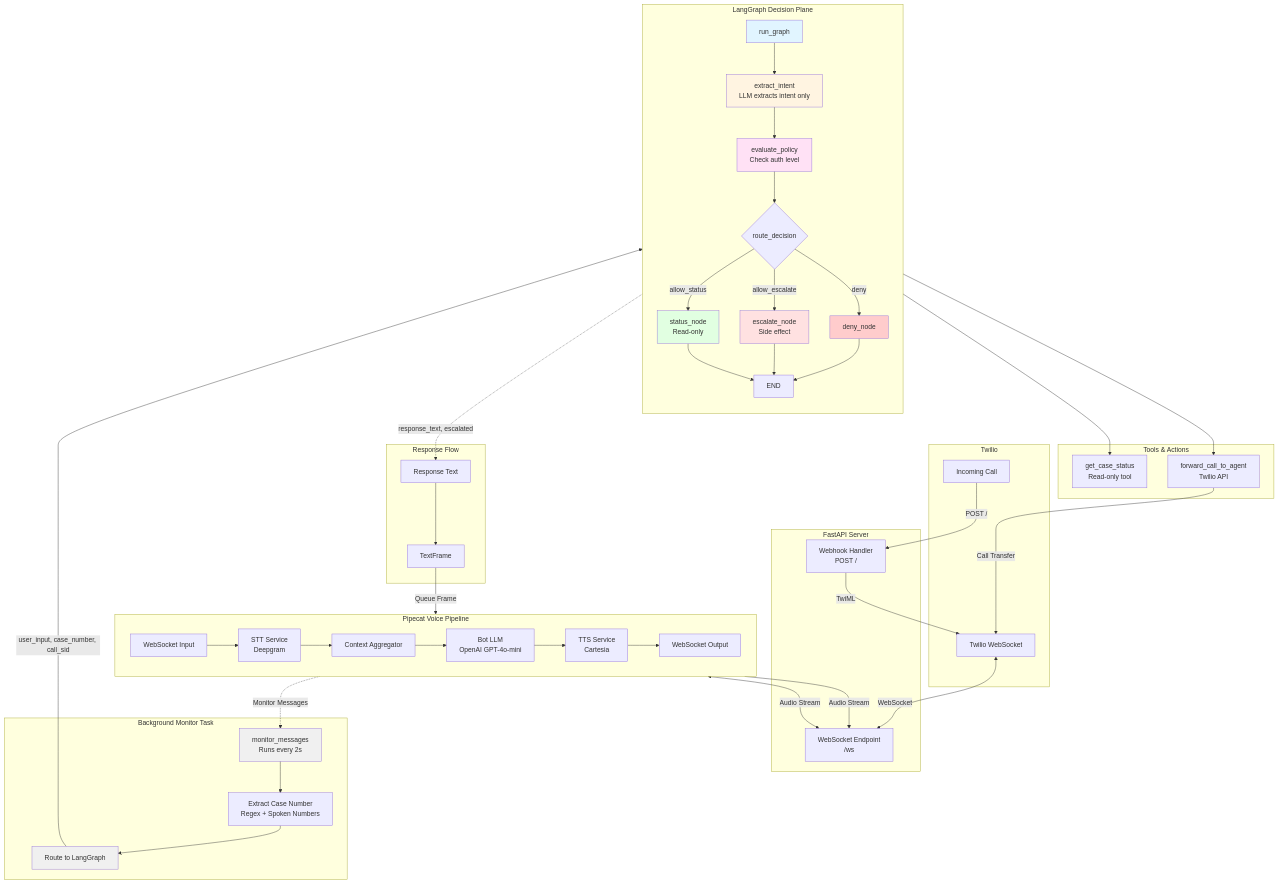
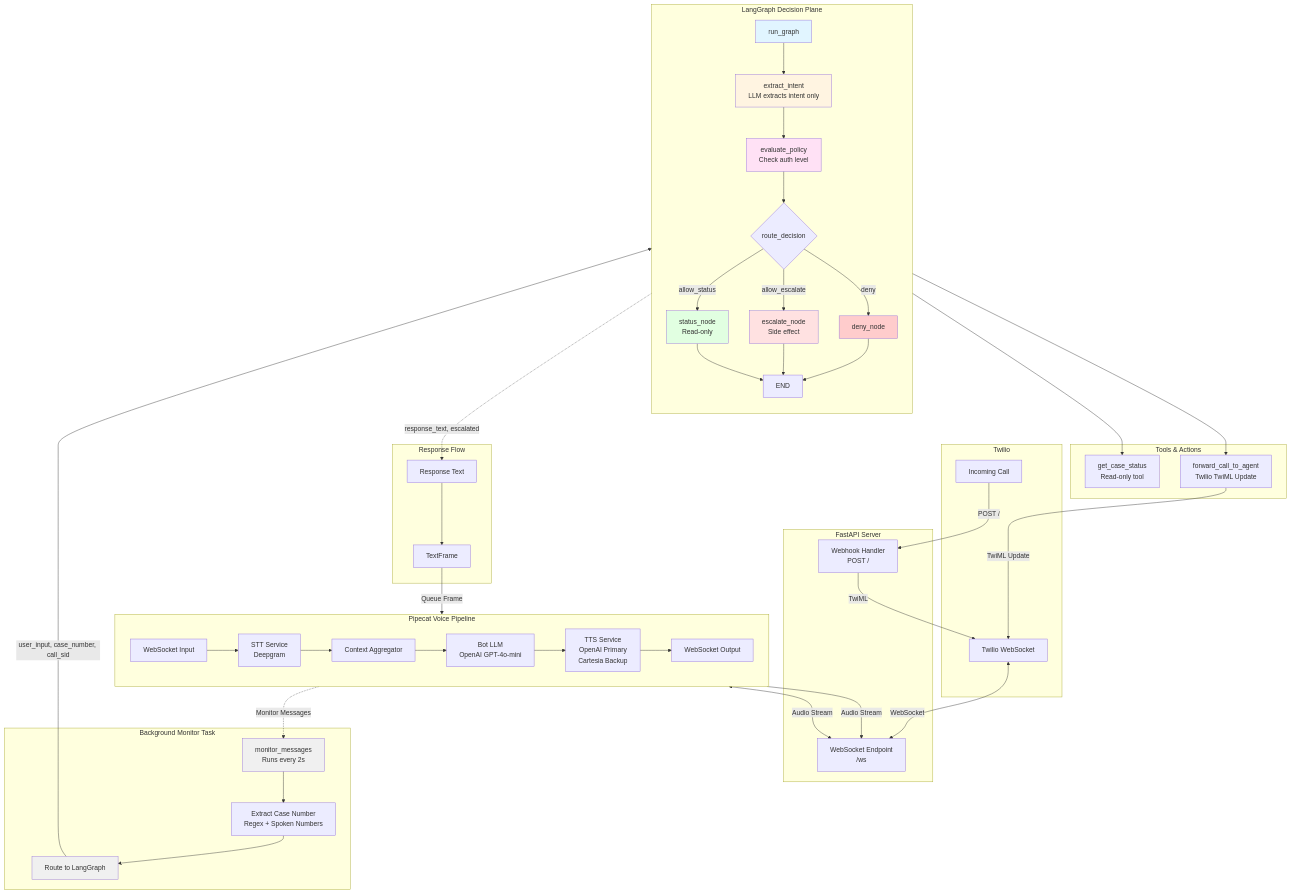
One commit to agonza1/policy-aware-voice-ai-customer-support changed the diagram in README.md. Above: the diagram before and after it, drawn with Mermaid. The commit also changed 2 other files, not shown here.

```diff
--- a/README.md
+++ b/README.md
@@ -41,7 +41,7 @@
         STT[STT Service<br/>Deepgram]
         CTX[Context Aggregator]
         LLM[Bot LLM<br/>OpenAI GPT-4o-mini]
-        TTS[TTS Service<br/>Cartesia]
+        TTS[TTS Service<br/>OpenAI Primary<br/>Cartesia Backup]
         OUT[WebSocket Output]
         
         IN --> STT
@@ -80,7 +80,7 @@
     
     subgraph "Tools & Actions"
         GET_STATUS[get_case_status<br/>Read-only tool]
-        FORWARD[forward_call_to_agent<br/>Twilio API]
+        FORWARD[forward_call_to_agent<br/>Twilio TwiML Update]
     end
     
     subgraph "Response Flow"
@@ -104,7 +104,7 @@
     
     STATUS --> GET_STATUS
     ESCALATE --> FORWARD
-    FORWARD -->|Call Transfer| TW
+    FORWARD -->|TwiML Update| TW
     
     style START fill:#e1f5ff
     style INTENT fill:#fff4e1
```
